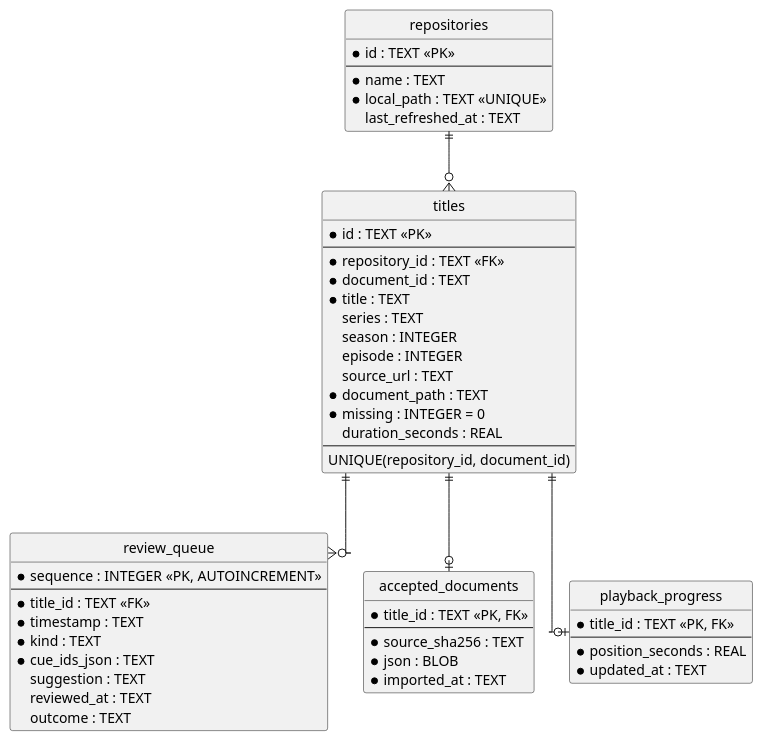
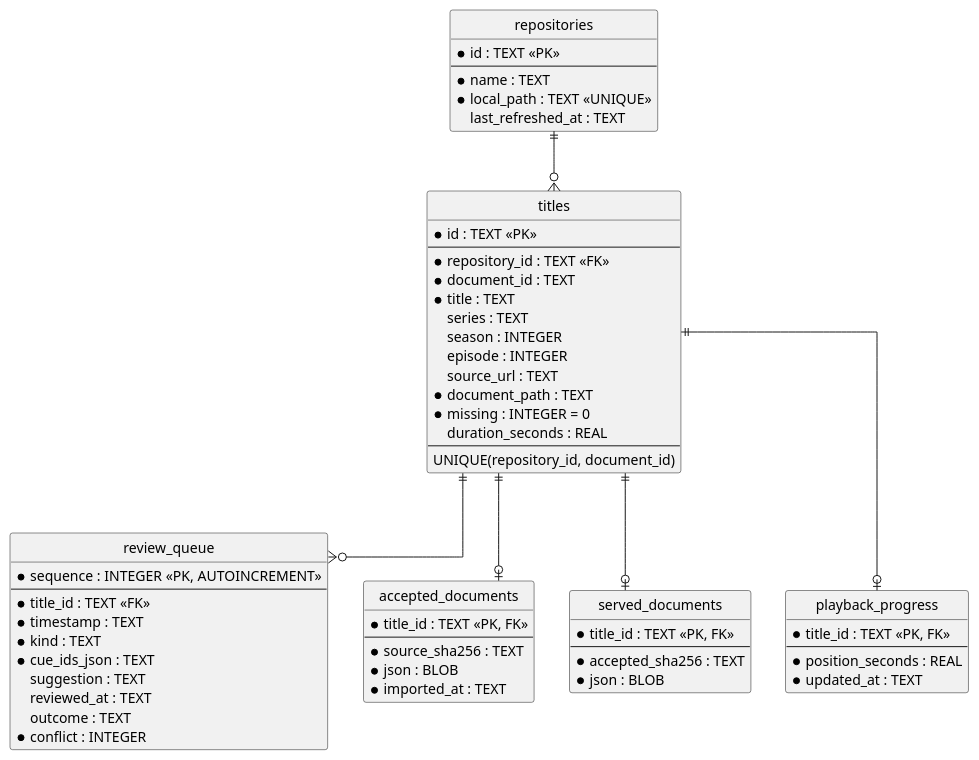
One commit to parkie213/petites-roues changed the diagram in docs/diagrams/database-schema.puml. Above: the diagram before and after it, drawn with PlantUML. The commit also changed 36 other files, not shown here.

```diff
--- a/docs/diagrams/database-schema.puml
+++ b/docs/diagrams/database-schema.puml
@@ -1,63 +1,72 @@
 @startuml
 hide circle
 skinparam linetype ortho
 skinparam shadowing false
 
 entity "repositories" as repositories {
   * id : TEXT <<PK>>
   --
   * name : TEXT
   * local_path : TEXT <<UNIQUE>>
   last_refreshed_at : TEXT
 }
 
 entity "titles" as titles {
   * id : TEXT <<PK>>
   --
   * repository_id : TEXT <<FK>>
   * document_id : TEXT
   * title : TEXT
   series : TEXT
   season : INTEGER
   episode : INTEGER
   source_url : TEXT
   * document_path : TEXT
   * missing : INTEGER = 0
   duration_seconds : REAL
   --
   UNIQUE(repository_id, document_id)
 }
 
 entity "review_queue" as reviews {
   * sequence : INTEGER <<PK, AUTOINCREMENT>>
   --
   * title_id : TEXT <<FK>>
   * timestamp : TEXT
   * kind : TEXT
   * cue_ids_json : TEXT
   suggestion : TEXT
   reviewed_at : TEXT
   outcome : TEXT
+  * conflict : INTEGER
 }
 
 entity "accepted_documents" as accepted {
   * title_id : TEXT <<PK, FK>>
   --
   * source_sha256 : TEXT
   * json : BLOB
   * imported_at : TEXT
+}
+
+entity "served_documents" as served {
+  * title_id : TEXT <<PK, FK>>
+  --
+  * accepted_sha256 : TEXT
+  * json : BLOB
 }
 
 entity "playback_progress" as progress {
   * title_id : TEXT <<PK, FK>>
   --
   * position_seconds : REAL
   * updated_at : TEXT
 }
 
 repositories ||--o{ titles
 titles ||--o{ reviews
 titles ||--o| accepted
+titles ||--o| served
 titles ||--o| progress
 
 @enduml
```
